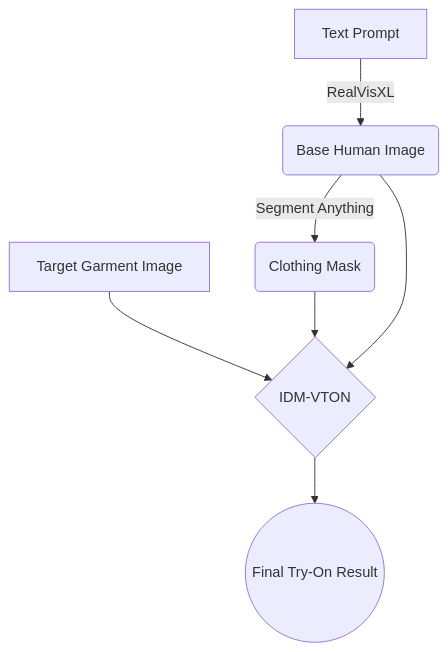
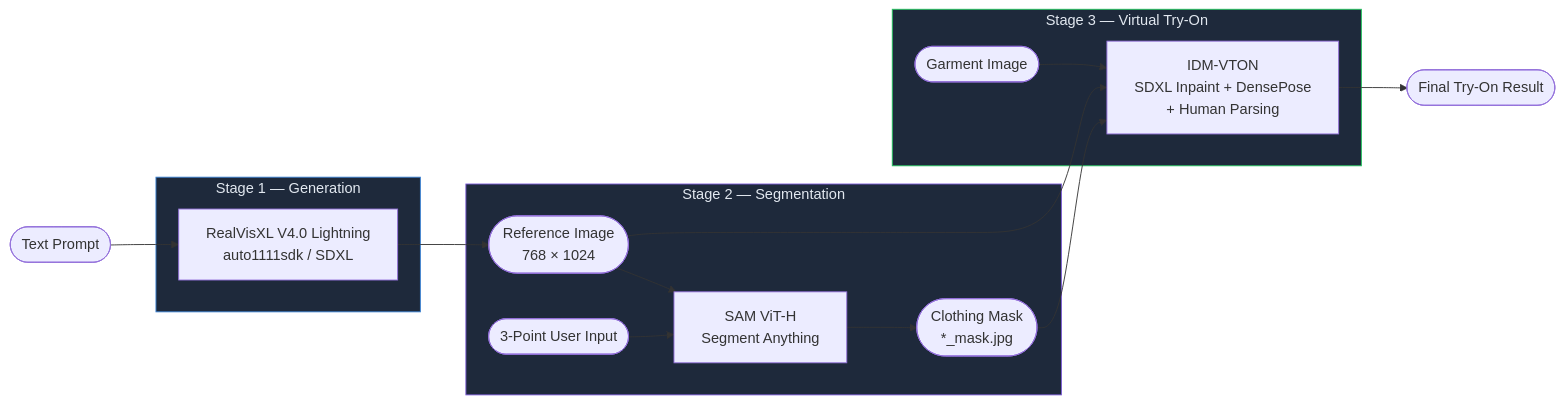
The first of 2 diagrams in README.md (Piyu242005/AI-Fashion-Design-Generator-IBM-INTERSHIP-2026), drawn with Mermaid before and after one commit. The commit also changed other lines of this file, not shown here.

````diff
--- a/README.md
+++ b/README.md
@@ -71,14 +77,29 @@
 ```mermaid
-graph TD;
-    A[Text Prompt] -->|RealVisXL| B(Base Human Image)
-    B -->|Segment Anything| C(Clothing Mask)
-    D[Target Garment Image] --> E
-    C --> E{IDM-VTON}
-    B --> E
-    E --> F((Final Try-On Result))
-    
-    classDef model fill:#f9f,stroke:#333,stroke-width:2px;
-    class A,D input;
-    class B,C data;
-    class F output;
+flowchart LR
+    A([Text Prompt]) --> B
+
+    subgraph GEN ["Stage 1 — Generation"]
+        B[RealVisXL V4.0 Lightning\nauto1111sdk / SDXL]
+    end
+
+    B --> C([Reference Image\n768 × 1024])
+
+    subgraph SEG ["Stage 2 — Segmentation"]
+        C --> D[SAM ViT-H\nSegment Anything]
+        E([3-Point User Input]) --> D
+        D --> F([Clothing Mask\n*_mask.jpg])
+    end
+
+    subgraph TRY ["Stage 3 — Virtual Try-On"]
+        F --> G
+        C --> G
+        H([Garment Image]) --> G
+        G[IDM-VTON\nSDXL Inpaint + DensePose\n+ Human Parsing]
+    end
+
+    G --> I([Final Try-On Result])
+
+    style GEN fill:#1e293b,stroke:#3b82d4,color:#e2e8f0
+    style SEG fill:#1e293b,stroke:#7c5cd8,color:#e2e8f0
+    style TRY fill:#1e293b,stroke:#22c55e,color:#e2e8f0
 ```
````
